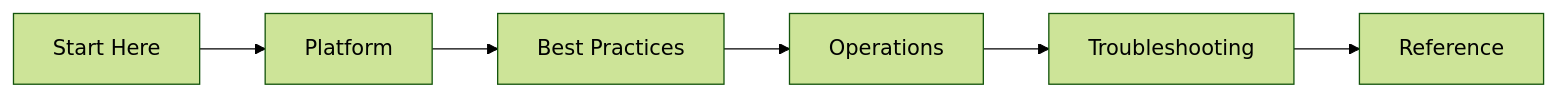
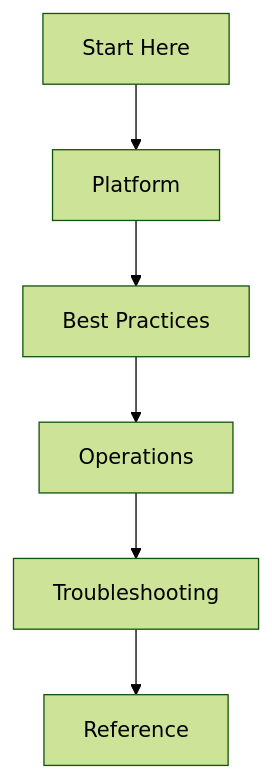
The diagram in docs/index.md (yeongseon/azure-networking-practical-guide), drawn with Mermaid (forest theme) before and after one commit. The commit also changed 29 other files, not shown here.

First line of the commit message:
docs: convert LR diagrams to TD for readability and add orientation rule

````diff
--- a/docs/index.md
+++ b/docs/index.md
@@ -33,8 +33,8 @@
 ```mermaid
-graph LR
+graph TD
     SH[Start Here] --> PL[Platform]
     PL --> BP[Best Practices]
     BP --> OP[Operations]
     OP --> TR[Troubleshooting]
     TR --> RF[Reference]
 ```
````
